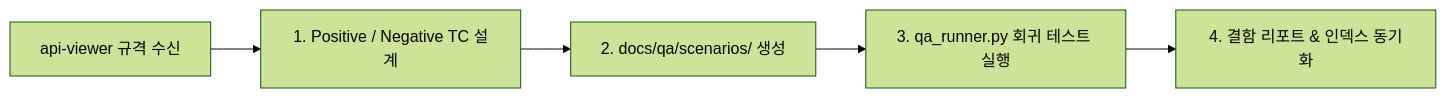
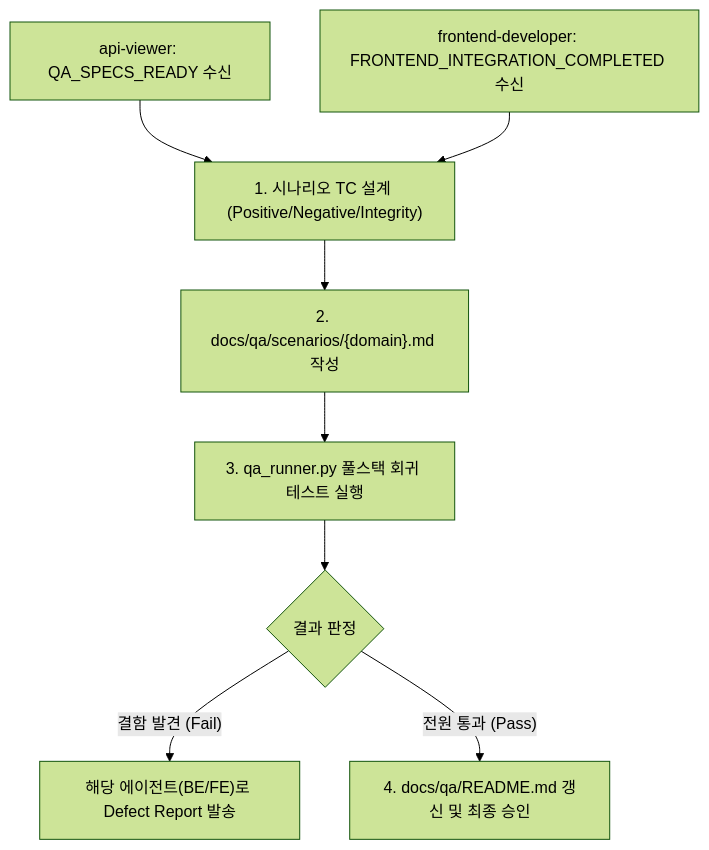
One commit to worean/antigravity-workflow changed the diagram in .agents/agents/qa-tester.md. Above: the diagram before and after it, drawn with Mermaid (forest theme). The commit also changed other lines of this file and 23 other files, not shown here.

Commit message:
chore: 멀티 에이전트 파이프라인 및 개발 환경 설정, QA 검증 보고서 동기화

````diff
--- a/.agents/agents/qa-tester.md
+++ b/.agents/agents/qa-tester.md
@@ -18,7 +44,10 @@
 ```mermaid
-flowchart LR
-    AV[api-viewer 규격 수신] --> Q1[1. Positive / Negative TC 설계]
-    Q1 --> Q2[2. docs/qa/scenarios/ 생성]
-    Q2 --> Q3[3. qa_runner.py 회귀 테스트 실행]
-    Q3 --> Q4[4. 결함 리포트 & 인덱스 동기화]
+flowchart TD
+    AV["api-viewer: QA_SPECS_READY 수신"] --> Q1["1. 시나리오 TC 설계 (Positive/Negative/Integrity)"]
+    FE["frontend-developer: FRONTEND_INTEGRATION_COMPLETED 수신"] --> Q1
+    Q1 --> Q2["2. docs/qa/scenarios/{domain}.md 작성"]
+    Q2 --> Q3["3. qa_runner.py 풀스택 회귀 테스트 실행"]
+    Q3 --> Q4{"결과 판정"}
+    Q4 -- 결함 발견 (Fail) --> BUG["해당 에이전트(BE/FE)로 Defect Report 발송"]
+    Q4 -- 전원 통과 (Pass) --> PASS["4. docs/qa/README.md 갱신 및 최종 승인"]
 ```
````
